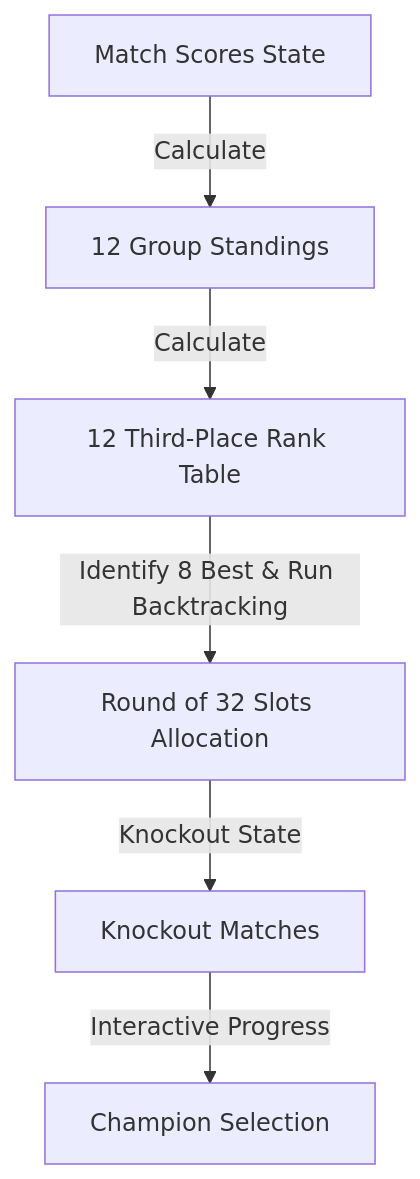
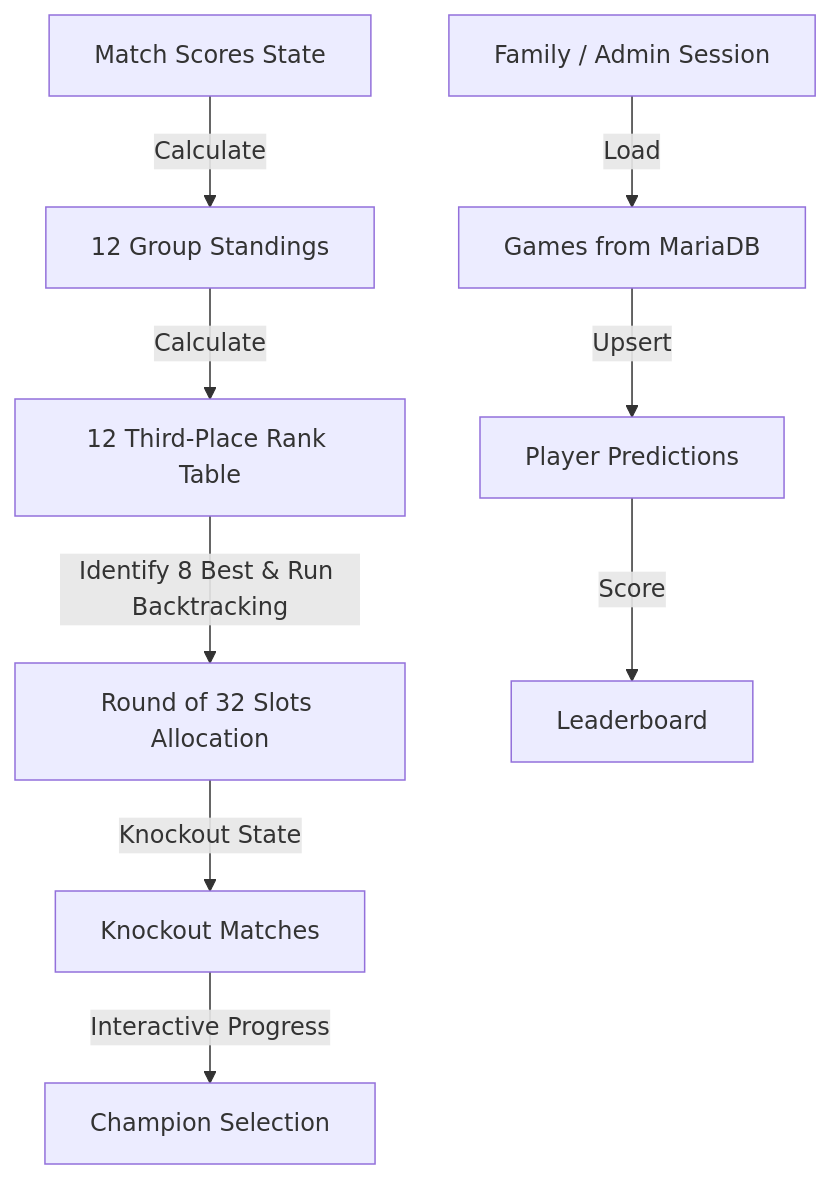
One commit to vinicius741/WC-simulator changed the diagram in plan.md. Above: the diagram before and after it, drawn with Mermaid. The commit also changed other lines of this file and 5 other files, not shown here.

First line of the commit message:
docs(readme,spec,plan,constitution,setup): document Family Predictions / Bolão backend, admin flows and scoring

````diff
--- a/plan.md
+++ b/plan.md
@@ -10,9 +19,14 @@
 ```mermaid
 graph TD
     MatchesState[Match Scores State]
     --> |Calculate| GroupStandings[12 Group Standings]
     --> |Calculate| ThirdPlaceRankings[12 Third-Place Rank Table]
     --> |Identify 8 Best & Run Backtracking| BracketSlots[Round of 32 Slots Allocation]
     --> |Knockout State| BracketMatchups[Knockout Matches]
     --> |Interactive Progress| Champion[Champion Selection]
+
+    PredictionsAuth[Family / Admin Session]
+    --> |Load| PredictionGames[Games from MariaDB]
+    --> |Upsert| SavedPredictions[Player Predictions]
+    --> |Score| Leaderboard[Leaderboard]
 ```
````
